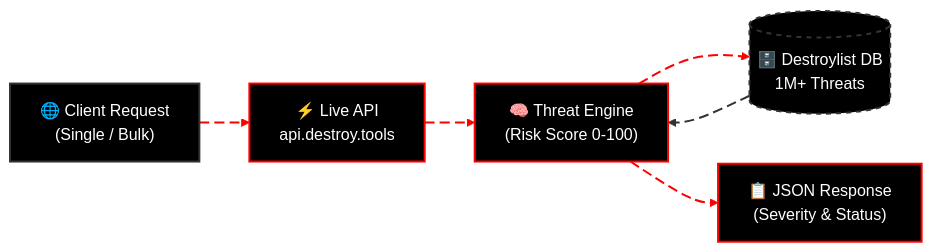
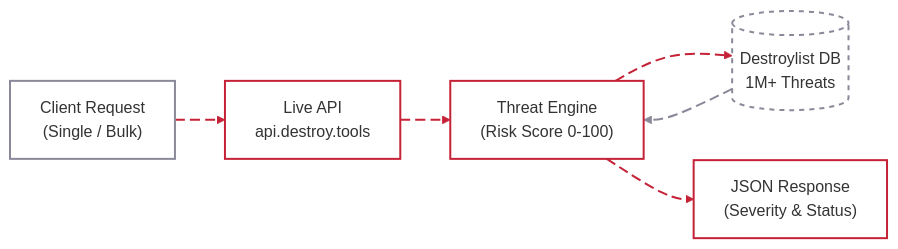
Before and after one commit to phishdestroy/destroylist: the first of 3 diagrams in README.md, drawn with Mermaid. The commit also changed other lines of this file and 44 other files, not shown here.

````diff
--- a/README.md
+++ b/README.md
@@ -181,21 +217,21 @@
 ```mermaid
-%%{init: {"theme":"base", "themeVariables": { "background": "transparent", "mainBkg": "#000000", "primaryColor": "#000000", "primaryTextColor": "#FFFFFF", "primaryBorderColor": "#FF0000", "lineColor": "#FF0000", "secondaryColor": "#111111", "tertiaryColor": "#111111", "fontFamily": "Inter, system-ui, sans-serif"}, "flowchart": {"curve": "basis", "htmlLabels": true}}}%%
+%%{init: {"themeVariables":{"background":"transparent","primaryBorderColor":"#c52237","lineColor":"#c52237","clusterBkg":"transparent","clusterBorder":"#898999","edgeLabelBackground":"transparent","fontFamily":"system-ui, sans-serif"},"flowchart":{"curve":"basis","htmlLabels":true}}}%%
 flowchart LR
-  Request["🌐 Client Request<br/>(Single / Bulk)"] e1@--> API["⚡ Live API<br/>api.destroy.tools"]
-  API e2@--> Engine["🧠 Threat Engine<br/>(Risk Score 0-100)"]
-  Engine e3@--> DB[("🗄️ Destroylist DB<br/>1M+ Threats")]
+  Request["Client Request<br/>(Single / Bulk)"] e1@--> API["Live API<br/>api.destroy.tools"]
+  API e2@--> Engine["Threat Engine<br/>(Risk Score 0-100)"]
+  Engine e3@--> DB[("Destroylist DB<br/>1M+ Threats")]
   DB e4@--> Engine
-  Engine e5@--> Response["📋 JSON Response<br/>(Severity & Status)"]
+  Engine e5@--> Response["JSON Response<br/>(Severity & Status)"]
 
-  classDef client fill:#000000,stroke:#333333,stroke-width:2px,color:#FFFFFF;
-  classDef api fill:#000000,stroke:#FF0000,stroke-width:2px,color:#FFFFFF;
-  classDef db fill:#000000,stroke:#333333,stroke-width:2px,stroke-dasharray: 5 5,color:#FFFFFF;
-  classDef animate stroke:#FF0000,stroke-width:2px,stroke-dasharray:10 5,stroke-dashoffset:900,animation:dash 22s linear infinite;
-  classDef animateDark stroke:#333333,stroke-width:2px,stroke-dasharray:10 5,stroke-dashoffset:900,animation:dash 22s linear infinite;
+  classDef client fill:transparent,stroke:#898999,stroke-width:2px;
+  classDef api fill:transparent,stroke:#c52237,stroke-width:2px;
+  classDef db fill:transparent,stroke:#898999,stroke-width:2px,stroke-dasharray: 5 5;
+  classDef animate stroke:#c52237,stroke-width:2px,stroke-dasharray:10 5,stroke-dashoffset:900,animation:dash 22s linear infinite;
+  classDef animateDark stroke:#898999,stroke-width:2px,stroke-dasharray:10 5,stroke-dashoffset:900,animation:dash 22s linear infinite;
 
   class Request client;
   class API,Engine,Response api;
   class DB db;
   class e1,e2,e3,e5 animate;
   class e4 animateDark;
 ```
````
